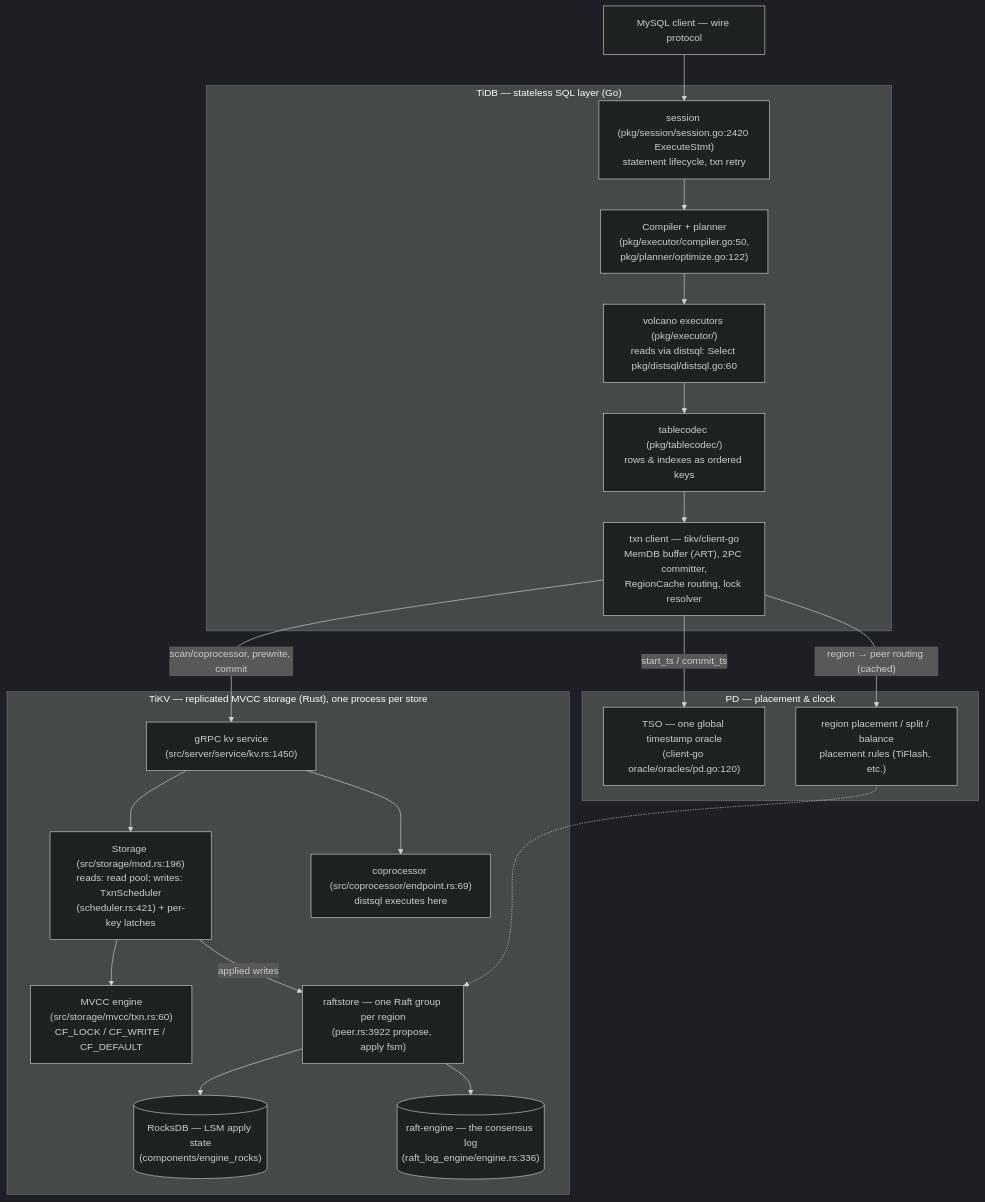
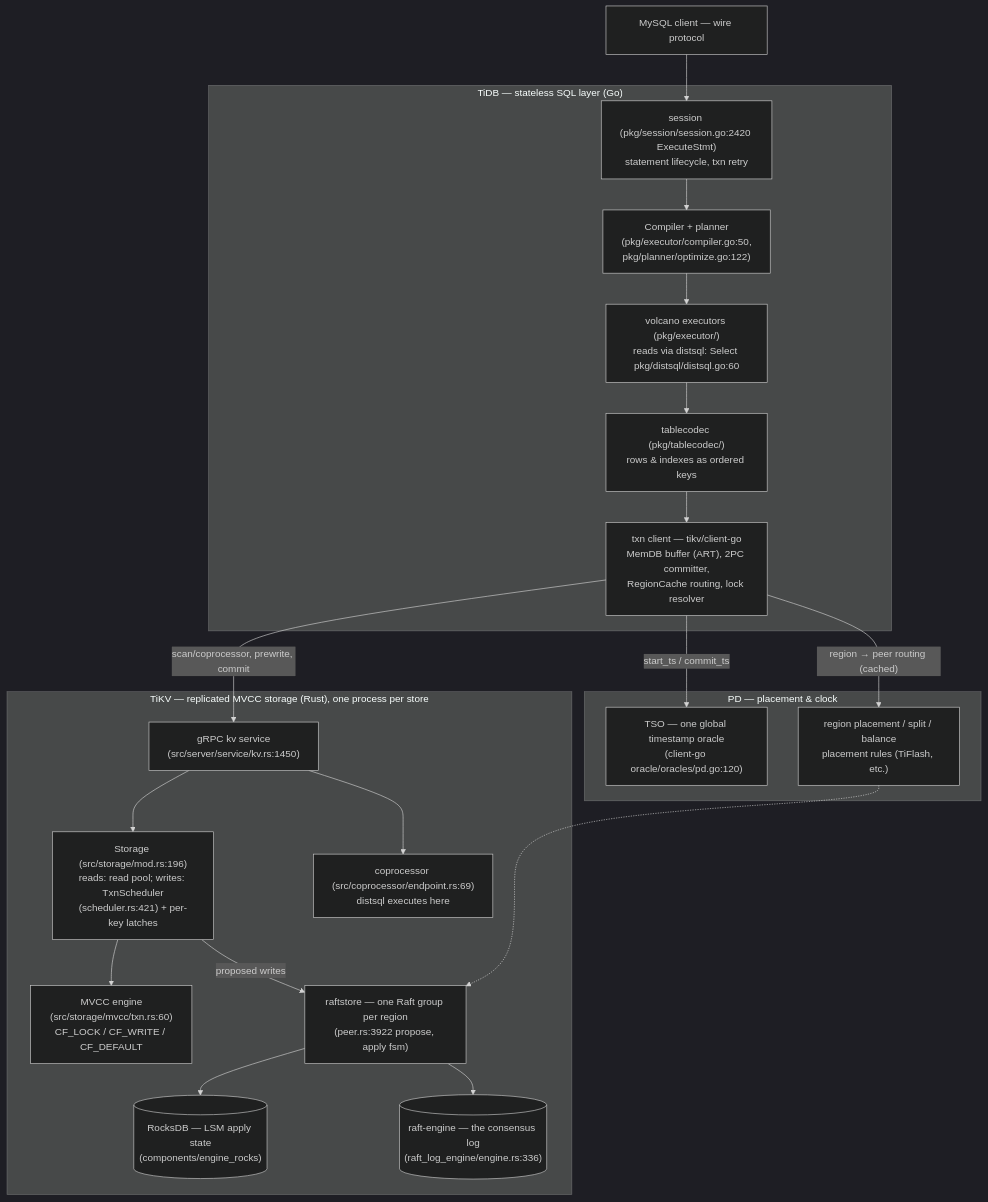
Before and after one commit to acailic/system-design-atlas: the first of 3 diagrams in deep-dives/tidb.md, drawn with Mermaid (dark theme). The commit also changed other lines of this file and 1 other file, not shown here.

Commit message:
no-mistakes(review): fix(tidb): prewrite targets TiKV leader, relabel propose edge, rebuild docs

````diff
--- a/deep-dives/tidb.md
+++ b/deep-dives/tidb.md
@@ -55,35 +55,35 @@
 ```mermaid
 flowchart TD
     C["MySQL client — wire protocol"]
     subgraph tidbL["TiDB — stateless SQL layer (Go)"]
         SES["session (pkg/session/session.go:2420 ExecuteStmt)<br/>statement lifecycle, txn retry"]
         PLAN["Compiler + planner<br/>(pkg/executor/compiler.go:50,<br/>pkg/planner/optimize.go:122)"]
         EXEC["volcano executors (pkg/executor/)<br/>reads via distsql: Select pkg/distsql/distsql.go:60"]
         CODEC["tablecodec (pkg/tablecodec/)<br/>rows &amp; indexes as ordered keys"]
         TXN["txn client — tikv/client-go<br/>MemDB buffer (ART), 2PC committer,<br/>RegionCache routing, lock resolver"]
     end
     subgraph pd["PD — placement &amp; clock"]
         TSO["TSO — one global timestamp oracle<br/>(client-go oracle/oracles/pd.go:120)"]
         PLACE["region placement / split / balance<br/>placement rules (TiFlash, etc.)"]
     end
     subgraph tikv["TiKV — replicated MVCC storage (Rust), one process per store"]
         SVC["gRPC kv service<br/>(src/server/service/kv.rs:1450)"]
         STOR["Storage (src/storage/mod.rs:196)<br/>reads: read pool; writes: TxnScheduler<br/>(scheduler.rs:421) + per-key latches"]
         MVCC["MVCC engine<br/>(src/storage/mvcc/txn.rs:60)<br/>CF_LOCK / CF_WRITE / CF_DEFAULT"]
         COPR["coprocessor (src/coprocessor/endpoint.rs:69)<br/>distsql executes here"]
         RAFTS["raftstore — one Raft group per region<br/>(peer.rs:3922 propose, apply fsm)"]
         LOG[("raft-engine — the consensus log<br/>(raft_log_engine/engine.rs:336)")]
         ROCK[("RocksDB — LSM apply state<br/>(components/engine_rocks)")]
     end
 
     C --> SES --> PLAN --> EXEC
     EXEC --> CODEC --> TXN
     TXN -- "scan/coprocessor, prewrite, commit" --> SVC
     TXN -- "start_ts / commit_ts" --> TSO
     TXN -- "region → peer routing (cached)" --> PLACE
     PLACE -.-> RAFTS
     SVC --> STOR --> MVCC
     SVC --> COPR
-    STOR -- "applied writes" --> RAFTS --> ROCK
+    STOR -- "proposed writes" --> RAFTS --> ROCK
     RAFTS --> LOG
 ```
````
